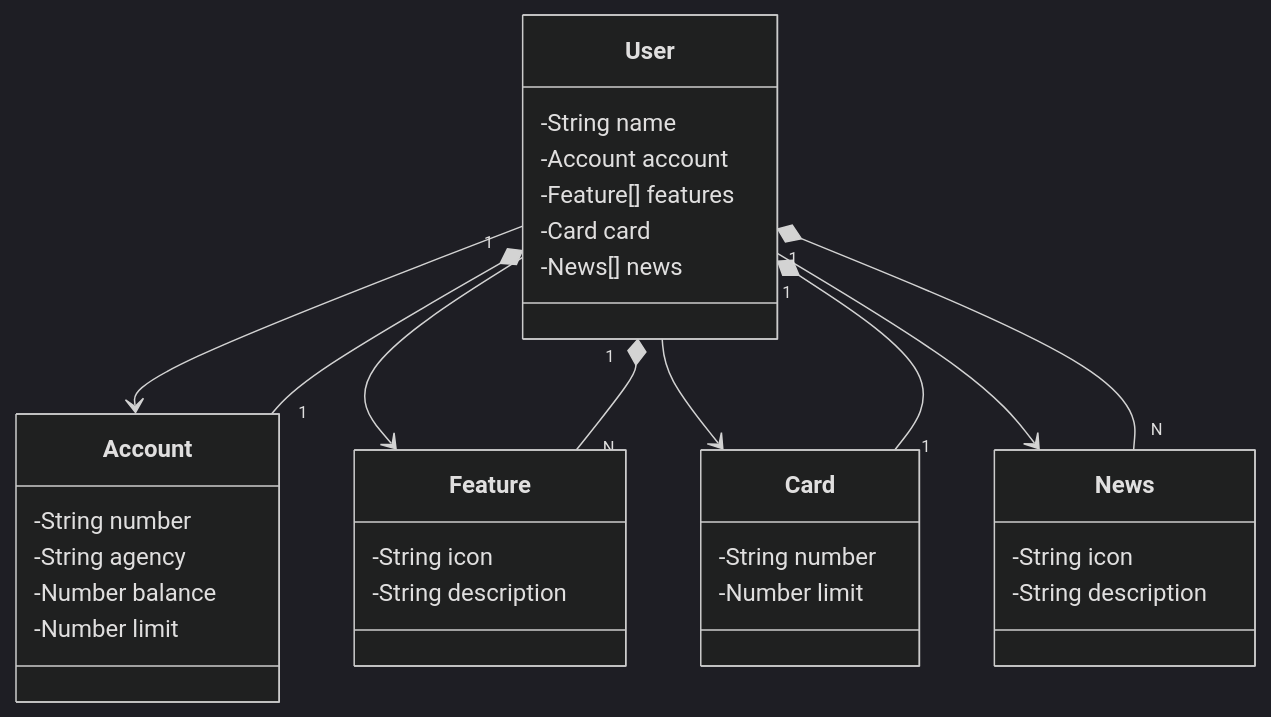
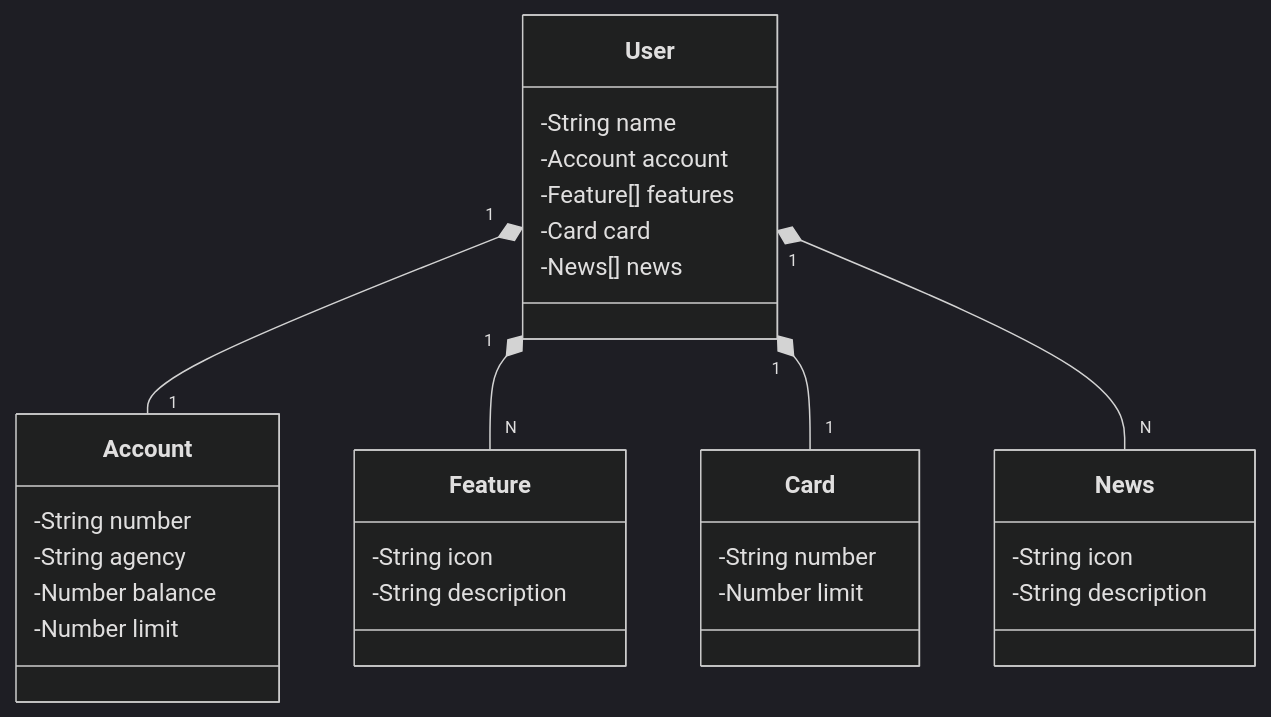
The diagram in readme.md (WDYitz/API-RESTful-Java), drawn with Mermaid (dark theme) before and after one commit.

Commit message:
fix: save readme file

````diff
--- a/readme.md
+++ b/readme.md
@@ -5,42 +5,37 @@
 ```mermaid
 classDiagram
   class User {
     -String name
     -Account account
     -Feature[] features
     -Card card
     -News[] news
   }
 
   class Account {
     -String number
     -String agency
     -Number balance
     -Number limit
   }
 
   class Feature {
     -String icon
     -String description
   }
 
   class Card {
     -String number
     -Number limit
   }
 
   class News {
     -String icon
     -String description
   }
 
-  User --> Account
-  User --> Feature
-  User --> Card
-  User --> News
-
   User "1" *-- "1" Account
   User "1" *-- "N" Feature
   User "1" *-- "1" Card
   User "1" *-- "N" News
 ```
````
